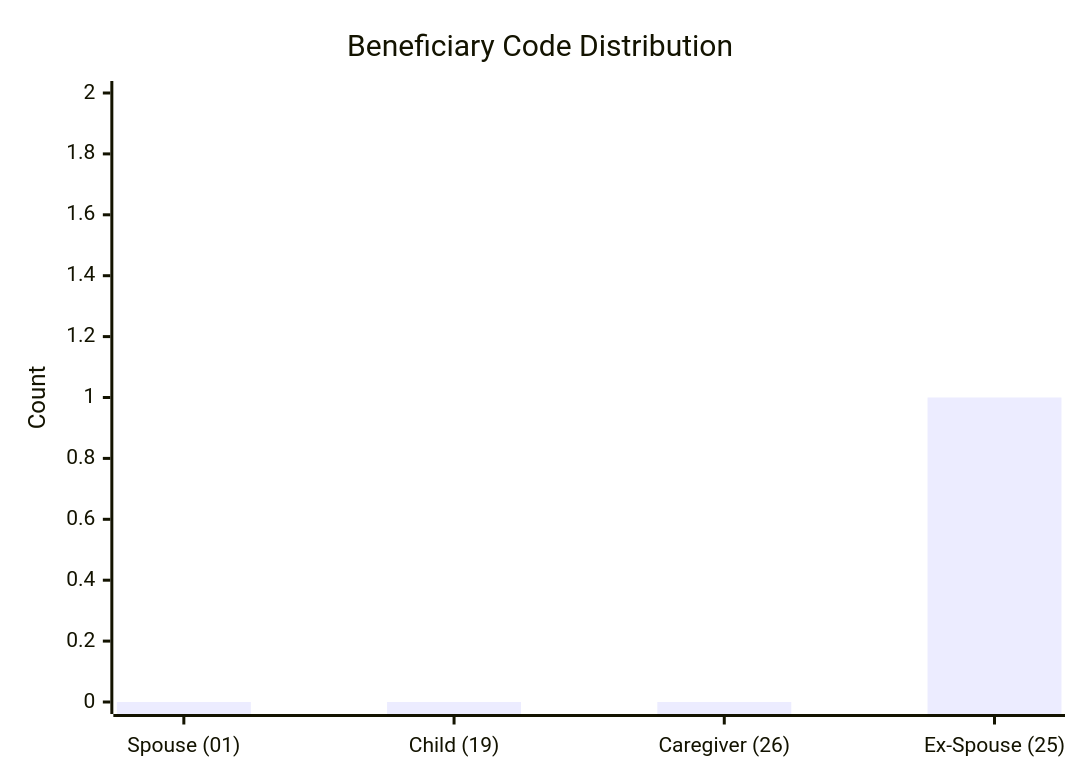
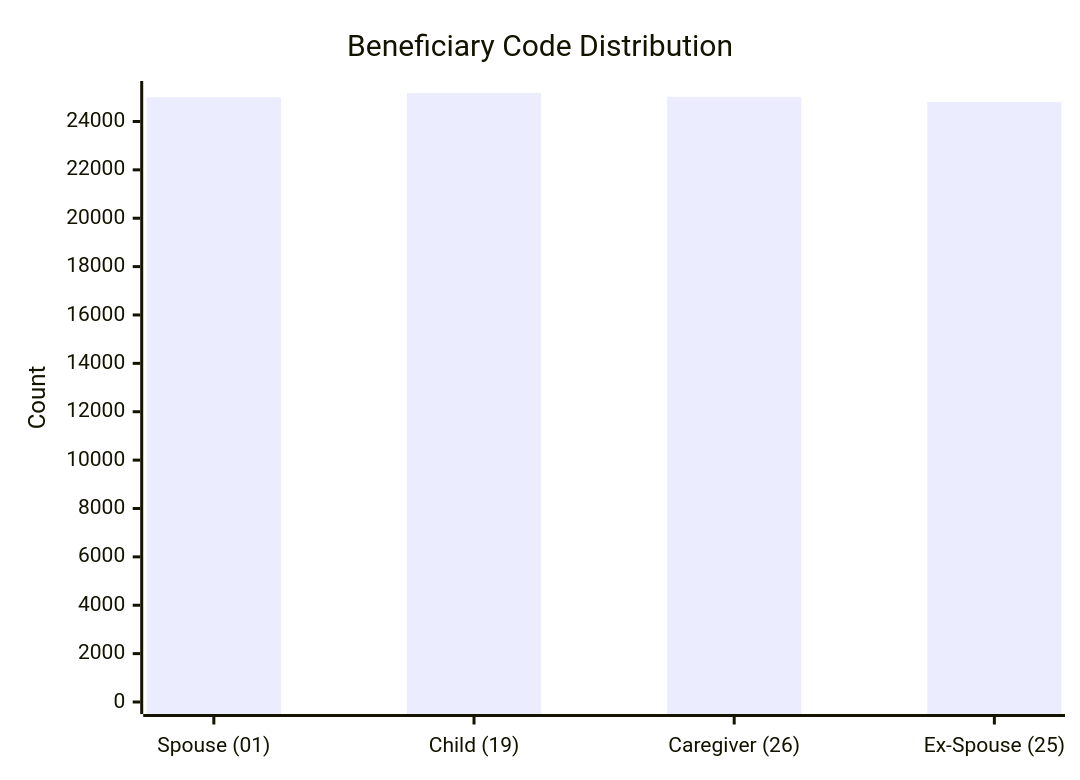
One commit to dhagan-va/intern-2025 changed the seventh of 10 diagrams in test-tools/DataGen/src/Statistics_Visualizer.md. Above: the diagram before and after it, drawn with Mermaid. The commit also changed other lines of this file, not shown here.

````diff
--- a/test-tools/DataGen/src/Statistics_Visualizer.md
+++ b/test-tools/DataGen/src/Statistics_Visualizer.md
@@ -77,7 +77,7 @@
 ```mermaid
 xychart-beta
     title "Beneficiary Code Distribution"
     x-axis ["Spouse (01)", "Child (19)", "Caregiver (26)", "Ex-Spouse (25)"]
-    y-axis "Count" 0 --> 2
-    bar [0, 0, 0, 1]
+    y-axis "Count" 0 --> 25177
+    bar [24999, 25176, 25022, 24803]
 ```
````
